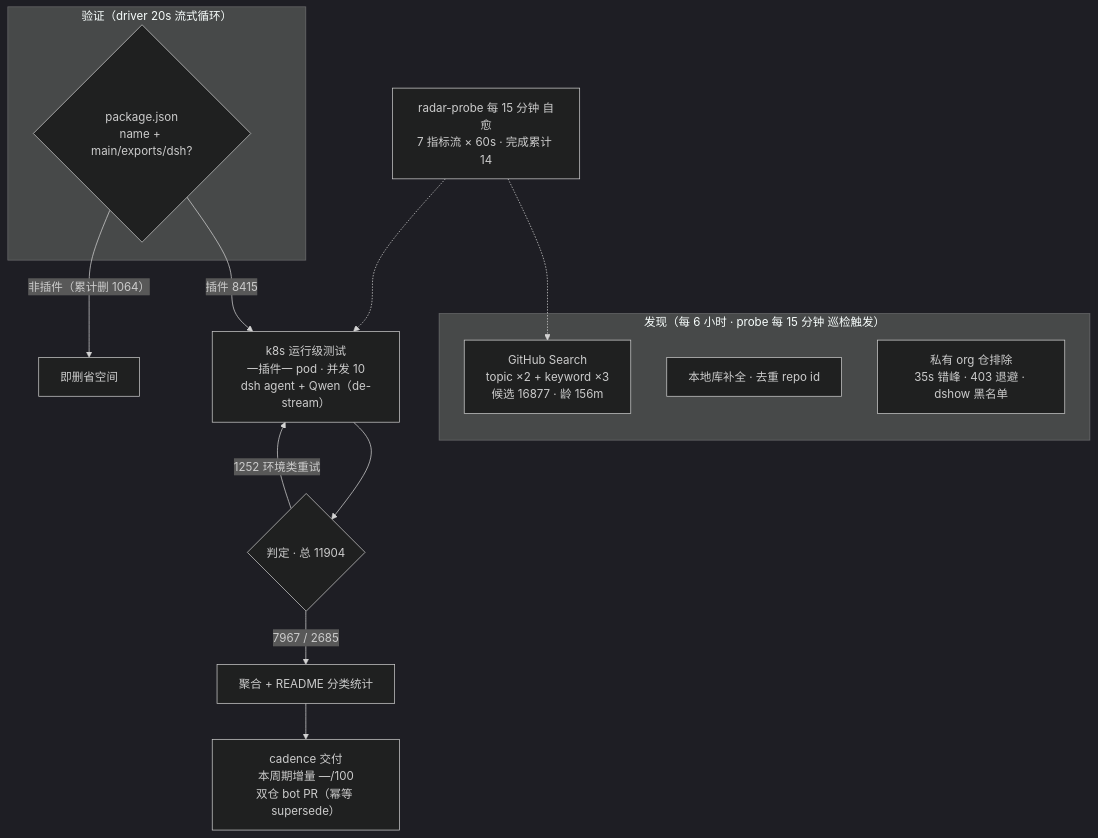
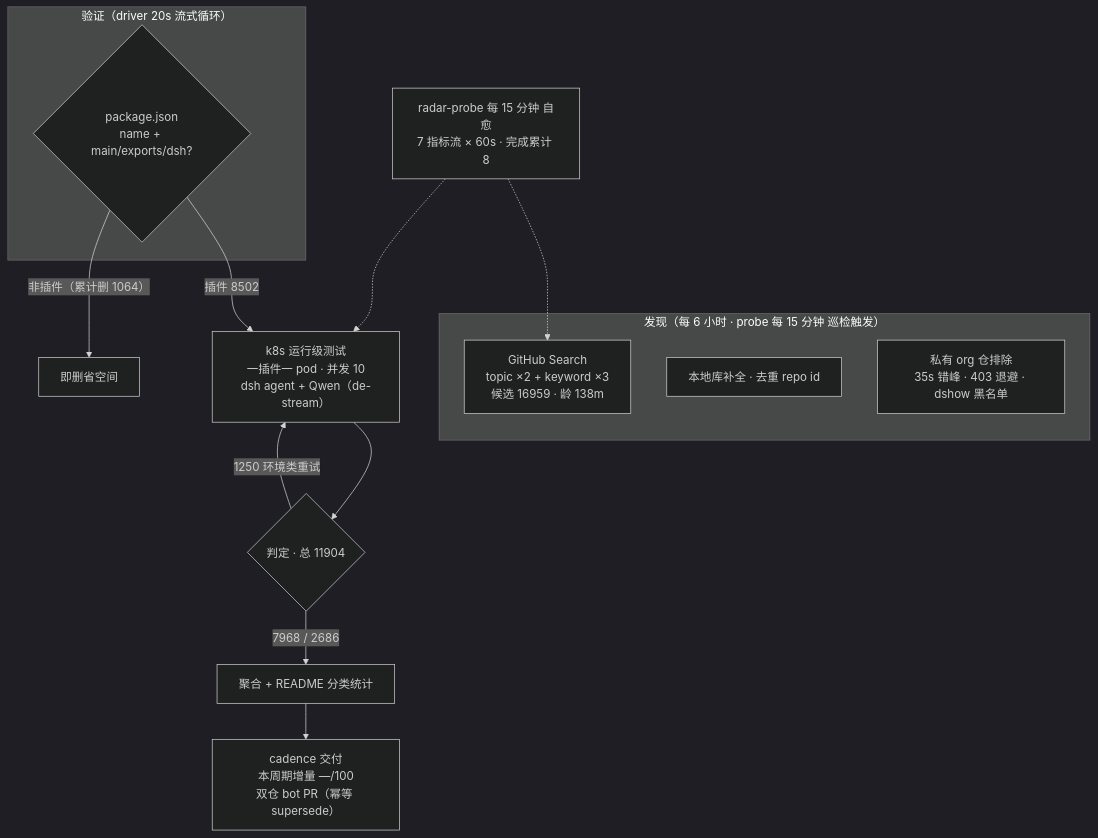
The diagram in README.md (Zhidao-Lab-OSS/awesome-dsh-plugins), drawn with Mermaid (dark theme) before and after one commit. The commit also changed other lines of this file and 1 other file, not shown here.

````diff
--- a/README.md
+++ b/README.md
@@ -52,20 +52,20 @@
 ```mermaid
 flowchart TB
     subgraph Discovery["发现（每 6 小时 · probe 每 15 分钟 巡检触发）"]
-        A1["GitHub Search<br/>topic ×2 + keyword ×3<br/>候选 16877 · 龄 156m"]
+        A1["GitHub Search<br/>topic ×2 + keyword ×3<br/>候选 16959 · 龄 138m"]
         A2["本地库补全 · 去重 repo id"]
         A3["私有 org 仓排除<br/>35s 错峰 · 403 退避 · dshow 黑名单"]
     end
     subgraph Validation["验证（driver 20s 流式循环）"]
         B1{"package.json<br/>name + main/exports/dsh?"}
     end
-    B1 -->|"插件 8415"| C1["k8s 运行级测试<br/>一插件一 pod · 并发 10<br/>dsh agent + Qwen（de-stream）"]
+    B1 -->|"插件 8502"| C1["k8s 运行级测试<br/>一插件一 pod · 并发 10<br/>dsh agent + Qwen（de-stream）"]
     B1 -->|"非插件（累计删 1064）"| B3["即删省空间"]
     C1 --> D1{"判定 · 总 11904"}
-    D1 -->|"7967 / 2685"| E1["聚合 + README 分类统计"]
-    D1 -->|"1252 环境类重试"| C1
+    D1 -->|"7968 / 2686"| E1["聚合 + README 分类统计"]
+    D1 -->|"1250 环境类重试"| C1
     E1 --> E2["cadence 交付<br/>本周期增量 —/100<br/>双仓 bot PR（幂等 supersede）"]
-    M["radar-probe 每 15 分钟 自愈<br/>7 指标流 × 60s · 完成累计 14"]
+    M["radar-probe 每 15 分钟 自愈<br/>7 指标流 × 60s · 完成累计 8"]
     M -.-> A1
     M -.-> C1
 ```
````
